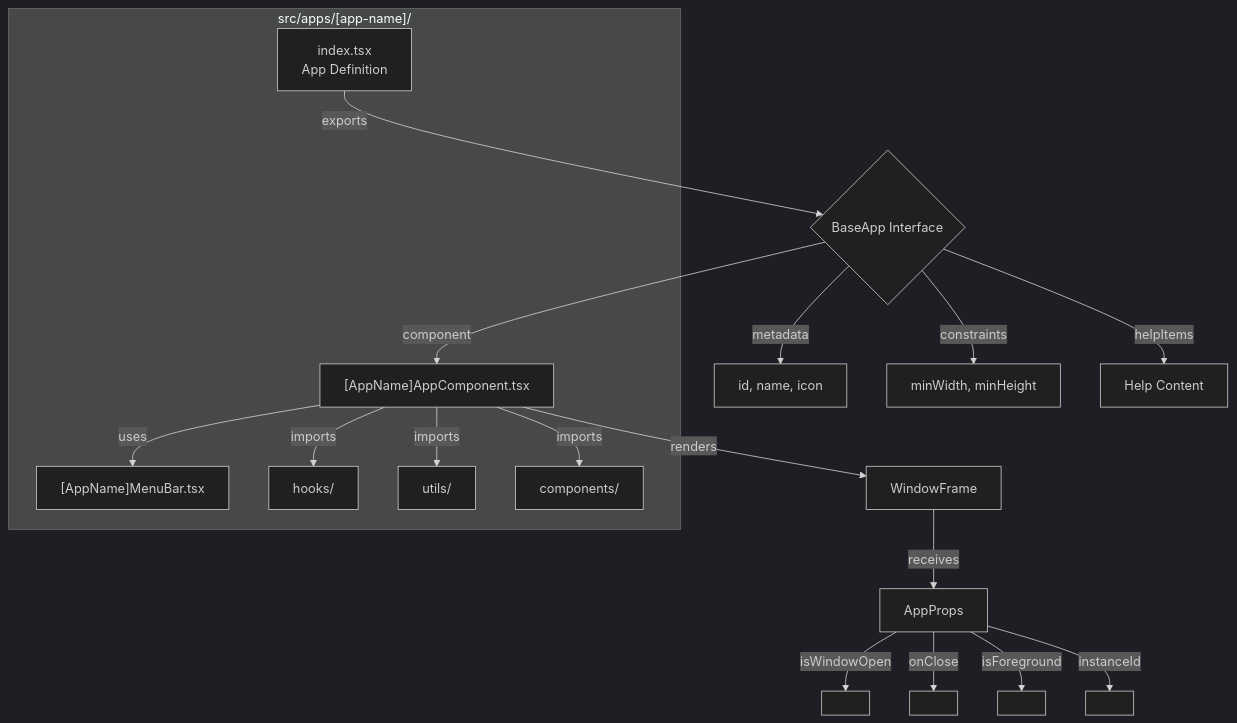
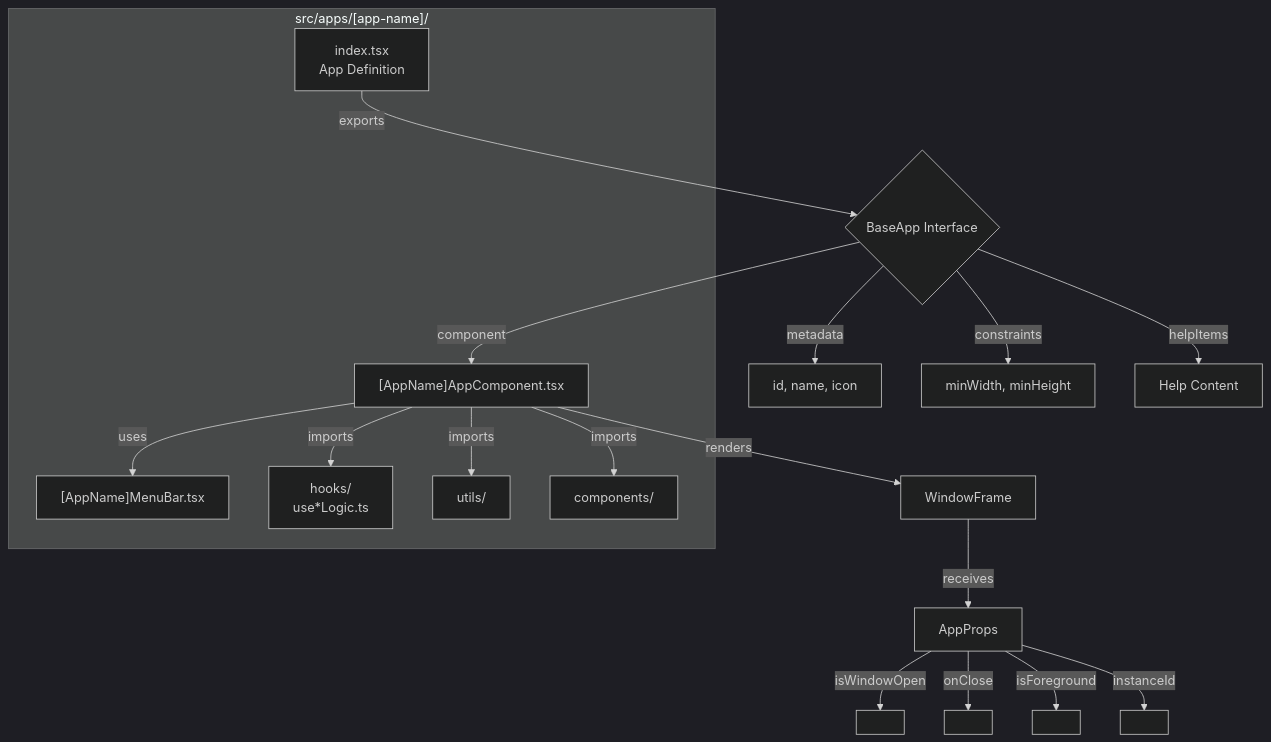
Before and after one commit to ryokun6/ryos: the second of 2 diagrams in docs/3-application-framework.md, drawn with Mermaid (dark theme). The commit also changed other lines of this file and 2 other files, not shown here.

First line of the commit message:
docs: update documentation for API and app/hooks refactors

````diff
--- a/docs/3-application-framework.md
+++ b/docs/3-application-framework.md
@@ -58,29 +58,29 @@
 ```mermaid
 graph TD
     subgraph AppModule["src/apps/[app-name]/"]
         INDEX[index.tsx<br/>App Definition]
         MAIN["[AppName]AppComponent.tsx"]
         MENU["[AppName]MenuBar.tsx"]
-        HOOKS[hooks/]
+        HOOKS[hooks/<br/>use*Logic.ts]
         UTILS[utils/]
         COMPS[components/]
     end
 
     INDEX -->|exports| DEF{BaseApp Interface}
     DEF -->|component| MAIN
     DEF -->|metadata| META[id, name, icon]
     DEF -->|constraints| CONS[minWidth, minHeight]
     DEF -->|helpItems| HELP[Help Content]
 
     MAIN -->|renders| WF[WindowFrame]
     MAIN -->|uses| MENU
     MAIN -->|imports| HOOKS
     MAIN -->|imports| UTILS
     MAIN -->|imports| COMPS
 
     WF -->|receives| PROPS[AppProps]
     PROPS -->|isWindowOpen| P1[ ]
     PROPS -->|onClose| P2[ ]
     PROPS -->|isForeground| P3[ ]
     PROPS -->|instanceId| P4[ ]
 ```
````
